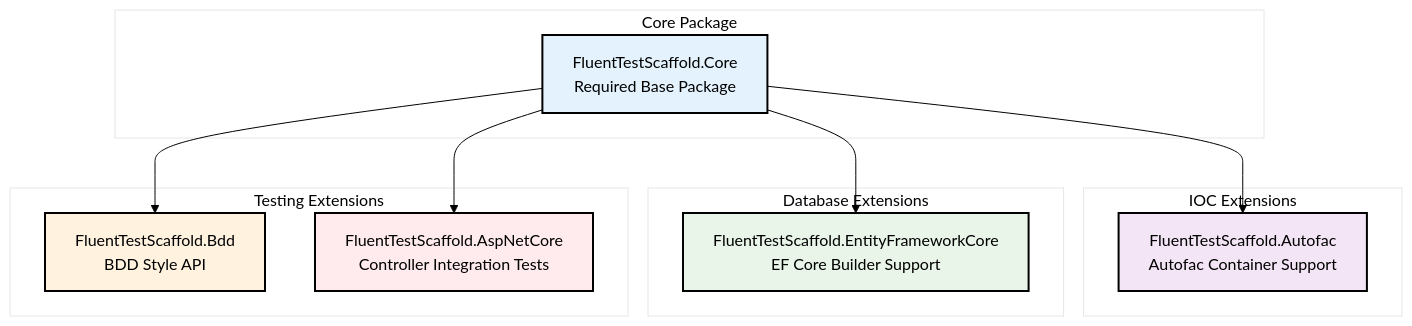
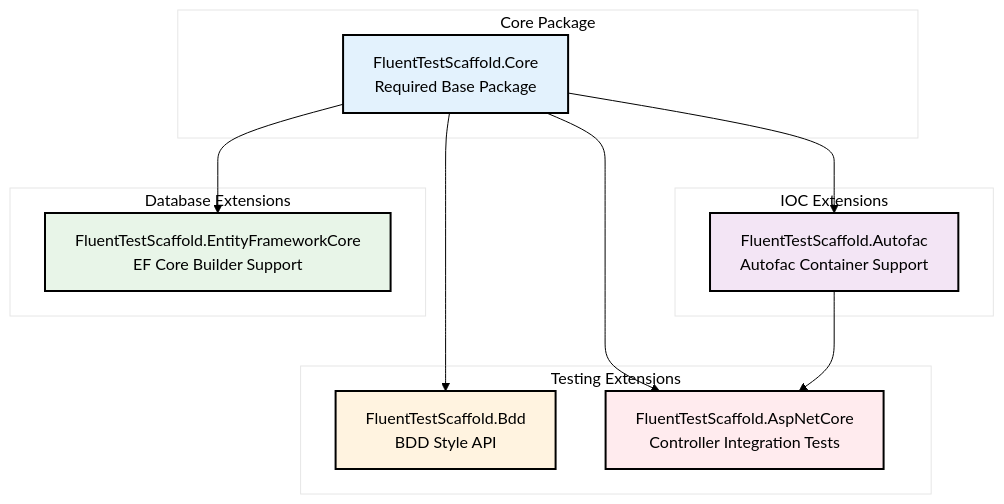
One commit to rburnham52/fluent-test-scaffold changed the diagram in docs/setup.md. Above: the diagram before and after it, drawn with Mermaid. The commit also changed other lines of this file and 16 other files, not shown here.

````diff
--- a/docs/setup.md
+++ b/docs/setup.md
@@ -5,27 +5,28 @@
 ```mermaid
 %%{init: {'theme':'base', 'themeVariables': {'primaryColor':'#ffffff','primaryTextColor':'#000000','primaryBorderColor':'#000000','lineColor':'#000000','secondaryColor':'#f0f0f0','tertiaryColor':'#ffffff'}}}%%
 flowchart TB
     subgraph "Core Package"
         CORE[FluentTestScaffold.Core<br/>Required Base Package]
     end
     subgraph "IOC Extensions"
         AUTOFAC[FluentTestScaffold.Autofac<br/>Autofac Container Support]
     end
     subgraph "Database Extensions"
         EF[FluentTestScaffold.EntityFrameworkCore<br/>EF Core Builder Support]
     end
     subgraph "Testing Extensions"
         BDD[FluentTestScaffold.Bdd<br/>BDD Style API]
         ASPNET[FluentTestScaffold.AspNetCore<br/>Controller Integration Tests]
     end
     CORE --> AUTOFAC
     CORE --> EF
     CORE --> BDD
     CORE --> ASPNET
+    AUTOFAC --> ASPNET
     
     style CORE fill:#e3f2fd,stroke:#000,stroke-width:2px,color:#000
     style AUTOFAC fill:#f3e5f5,stroke:#000,stroke-width:2px,color:#000
     style EF fill:#e8f5e8,stroke:#000,stroke-width:2px,color:#000
     style BDD fill:#fff3e0,stroke:#000,stroke-width:2px,color:#000
     style ASPNET fill:#ffebee,stroke:#000,stroke-width:2px,color:#000
 ```
````
